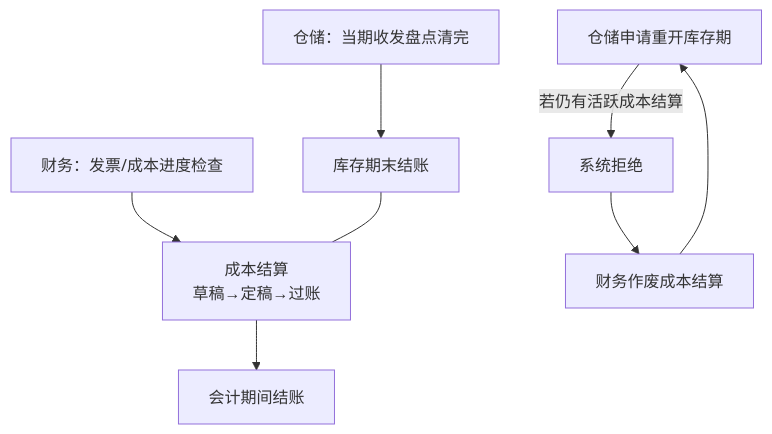
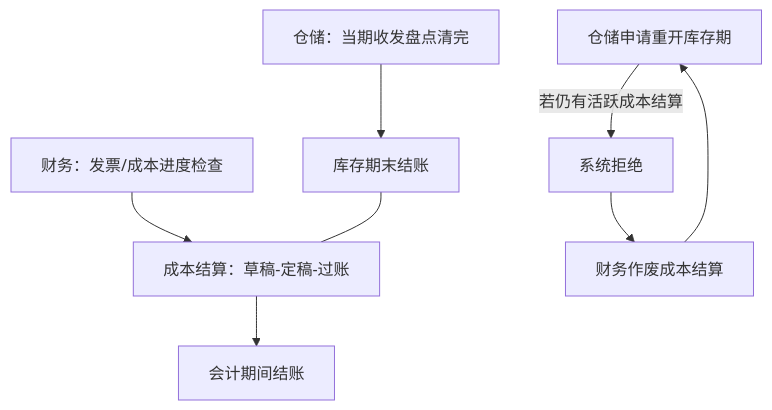
One commit to Micron818/lychee-doc changed the diagram in user_training/zh/00-overview/05-period-close-collaboration.md. Above: the diagram before and after it, drawn with Mermaid. The commit also changed 6 other files, not shown here.

Commit message:
Add mermaid support to documentation with vitepress-plugin-mermaid; update package dependencies and enhance README. Improve flowchart examples in user training materials for clarity.

````diff
--- a/user_training/zh/00-overview/05-period-close-collaboration.md
+++ b/user_training/zh/00-overview/05-period-close-collaboration.md
@@ -12,17 +12,17 @@
 ```mermaid
 flowchart TB
   WMCHK[仓储：当期收发盘点清完]
   FICHK[财务：发票/成本进度检查]
   WMCLOSE[库存期末结账]
-  COST[成本结算<br/>草稿→定稿→过账]
+  COST[成本结算：草稿-定稿-过账]
   REOPEN[仓储申请重开库存期]
   INV[财务作废成本结算]
   FIClose[会计期间结账]
 
   WMCHK --> WMCLOSE
   FICHK --> COST
   WMCLOSE --- COST
   REOPEN -->|若仍有活跃成本结算| BLOCK[系统拒绝]
   BLOCK --> INV --> REOPEN
   COST --> FIClose
 ```
````
